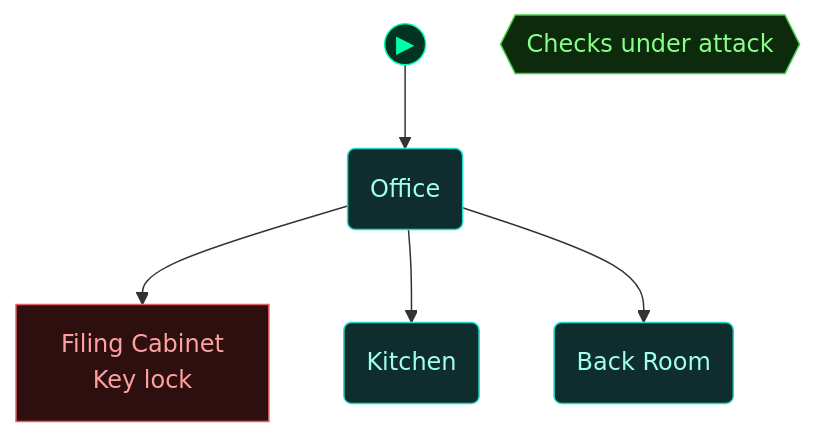
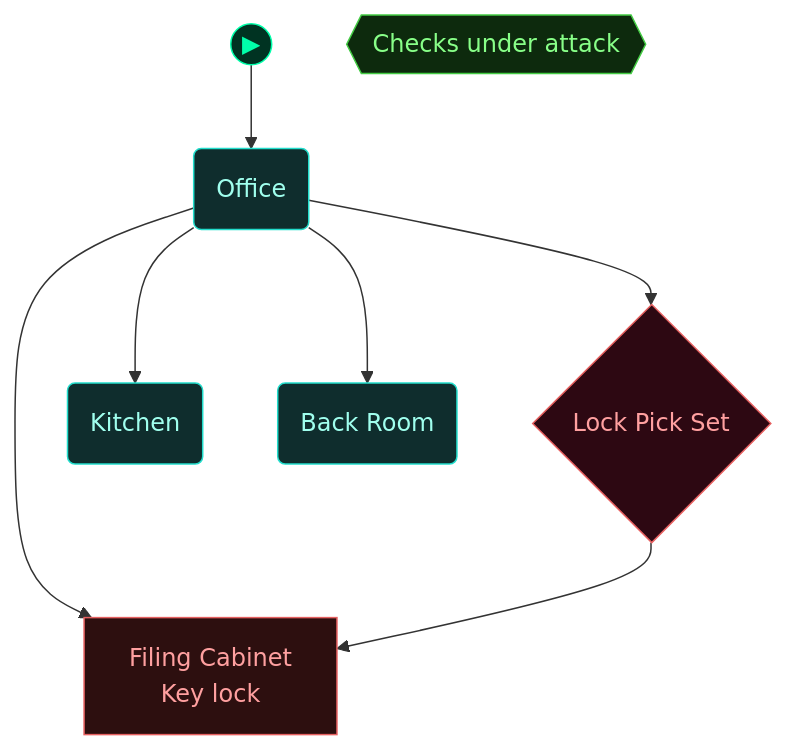
The third of 5 diagrams in scenarios/test_needs_attack/dungeon_graph.md (cliffe/BreakEscape), drawn with Mermaid before and after one commit. The commit also changed other lines of this file and 2 other files, not shown here.

Commit message:
test_needs_attack: regenerated dungeon graph from the SIMS-5 validator runs

````diff
--- a/scenarios/test_needs_attack/dungeon_graph.md
+++ b/scenarios/test_needs_attack/dungeon_graph.md
@@ -120,36 +124,40 @@
 ```mermaid
 flowchart TD
 
   classDef room      fill:#0f2d2d,stroke:#22ddcc,color:#a0ffee
   classDef lock      fill:#2d0f0f,stroke:#e66060,color:#ffa0a0
   classDef key       fill:#2d0812,stroke:#e66060,color:#ffa0a0
   classDef item      fill:#2d1200,stroke:#e89030,color:#ffcc80
   classDef gate      fill:#111,stroke:#666,color:#eee
   classDef vm        fill:#0c1f40,stroke:#4a90d9,color:#a0c8ff
   classDef flag      fill:#1a0c2d,stroke:#9060d0,color:#cc99ff
   classDef action    fill:#1a1200,stroke:#cc9922,color:#ffee88
   classDef aim       fill:#0d2a0d,stroke:#44cc44,color:#88ff88
   classDef aim_gate  fill:#111111,stroke:#44cc44,color:#44cc44
   classDef container fill:#1a2d1a,stroke:#60b060,color:#a0e0a0
   classDef npc       fill:#2d1f0d,stroke:#d0a050,color:#ffe0a0
   classDef critical  fill:#2a1500,stroke:#ffaa00,color:#ffdd88
   classDef start     fill:#003322,stroke:#00ffaa,color:#00ffaa
 
   node_start(("▶"))
   node_start --> office
 
+  office("Office")
   lock_dee_drawer["Filing Cabinet<br/>Key lock"]
-  office("Office")
+  lock_pick_set{"Lock Pick Set"}
   kitchen("Kitchen")
   back_room("Back Room")
   aim_checks{{"Checks under attack"}}
 
   office --> lock_dee_drawer
+  office --> lock_pick_set
+  lock_pick_set --> lock_dee_drawer
   office --> kitchen
   office --> back_room
 
+  class office,kitchen,back_room room
   class lock_dee_drawer lock
-  class office,kitchen,back_room room
+  class lock_pick_set key
   class aim_checks aim
   class node_start start
 ```
````
